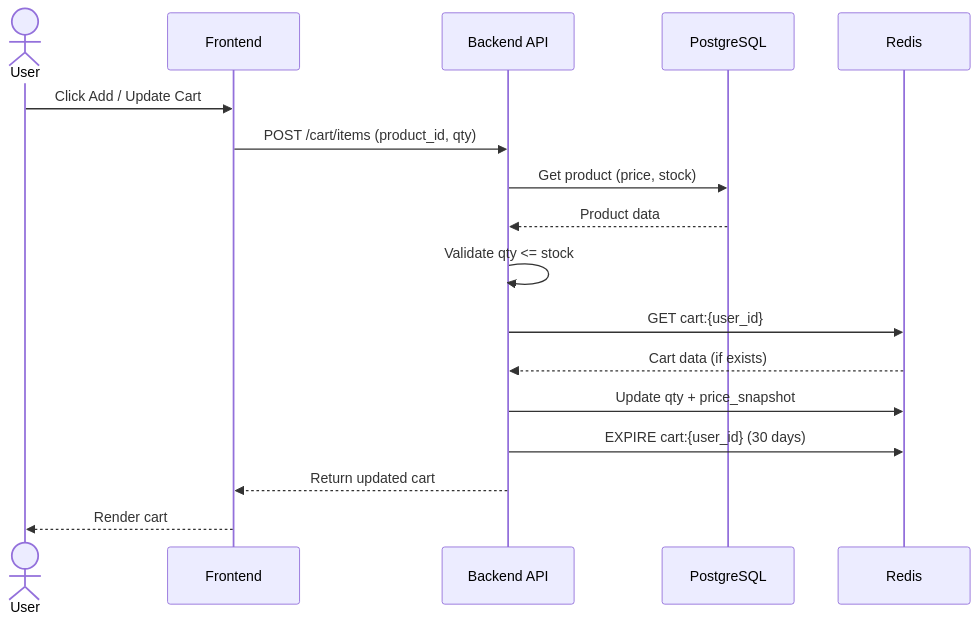
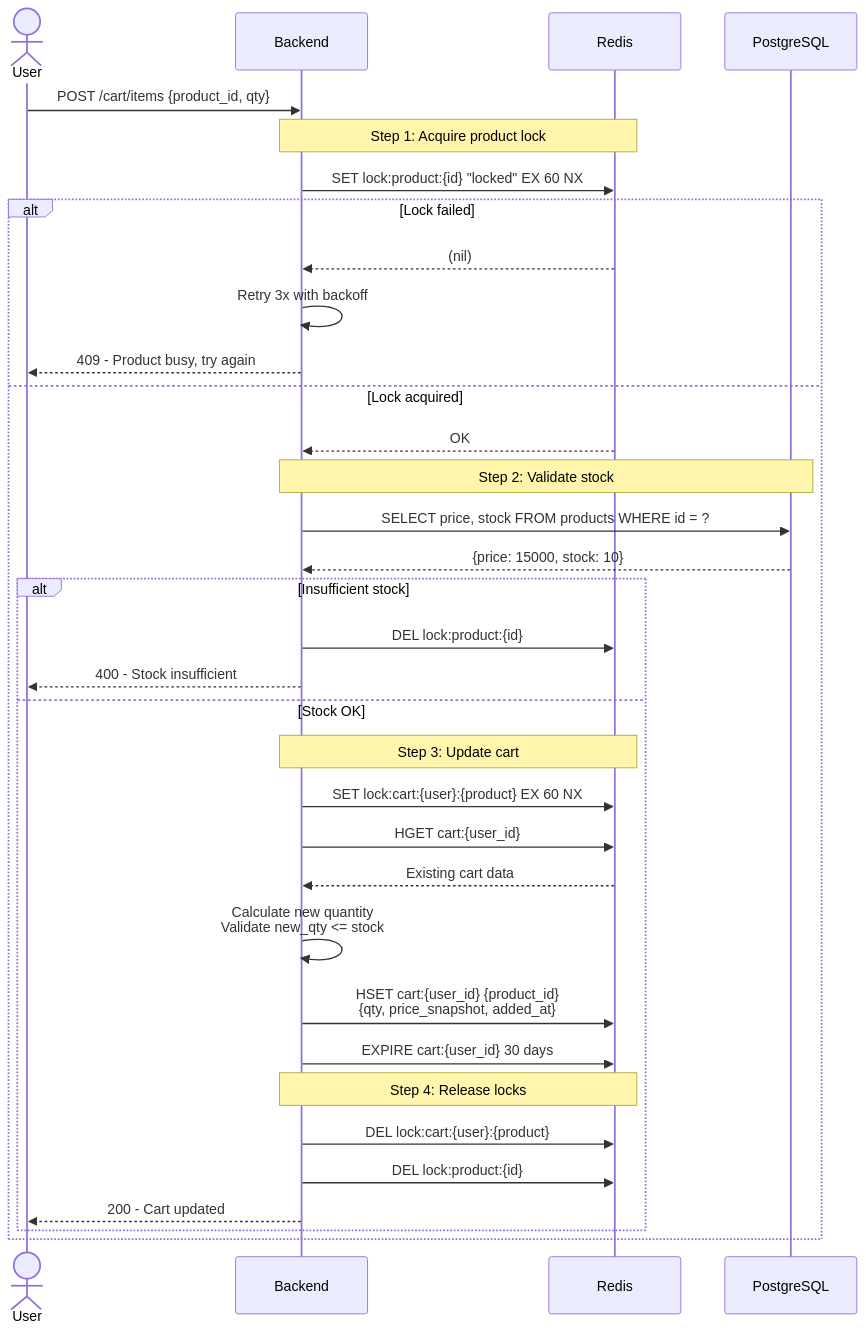
The sixth of 8 diagrams in README.md (ItsnaMaulanaHasan/system-design-carts-system), drawn with Mermaid before and after one commit. The commit also changed other lines of this file, not shown here.

Commit message:
feat: update sequence diagram

````diff
--- a/README.md
+++ b/README.md
@@ -292,25 +292,45 @@
 ```mermaid
 sequenceDiagram
     actor User
-    participant FE as Frontend
-    participant BE as Backend API
+    participant BE as Backend
+    participant R as Redis
     participant DB as PostgreSQL
-    participant R as Redis
 
-    User ->> FE: Click Add / Update Cart
-    FE ->> BE: POST /cart/items (product_id, qty)
+    User ->> BE: POST /cart/items {product_id, qty}
 
-    BE ->> DB: Get product (price, stock)
-    DB -->> BE: Product data
+    Note over BE,R: Step 1: Acquire product lock
+    BE ->> R: SET lock:product:{id} "locked" EX 60 NX
 
-    BE ->> BE: Validate qty <= stock
+    alt Lock failed
+        R -->> BE: (nil)
+        BE ->> BE: Retry 3x with backoff
+        BE -->> User: 409 - Product busy, try again
+    else Lock acquired
+        R -->> BE: OK
 
-    BE ->> R: GET cart:{user_id}
-    R -->> BE: Cart data (if exists)
+        Note over BE,DB: Step 2: Validate stock
+        BE ->> DB: SELECT price, stock FROM products WHERE id = ?
+        DB -->> BE: {price: 15000, stock: 10}
 
-    BE ->> R: Update qty + price_snapshot
-    BE ->> R: EXPIRE cart:{user_id} (30 days)
+        alt Insufficient stock
+            BE ->> R: DEL lock:product:{id}
+            BE -->> User: 400 - Stock insufficient
+        else Stock OK
+            Note over BE,R: Step 3: Update cart
+            BE ->> R: SET lock:cart:{user}:{product} EX 60 NX
+            BE ->> R: HGET cart:{user_id}
+            R -->> BE: Existing cart data
 
-    BE -->> FE: Return updated cart
-    FE -->> User: Render cart
+            BE ->> BE: Calculate new quantity<br/>Validate new_qty <= stock
+
+            BE ->> R: HSET cart:{user_id} {product_id}<br/>{qty, price_snapshot, added_at}
+            BE ->> R: EXPIRE cart:{user_id} 30 days
+
+            Note over BE,R: Step 4: Release locks
+            BE ->> R: DEL lock:cart:{user}:{product}
+            BE ->> R: DEL lock:product:{id}
+
+            BE -->> User: 200 - Cart updated
+        end
+    end
 ```
````
